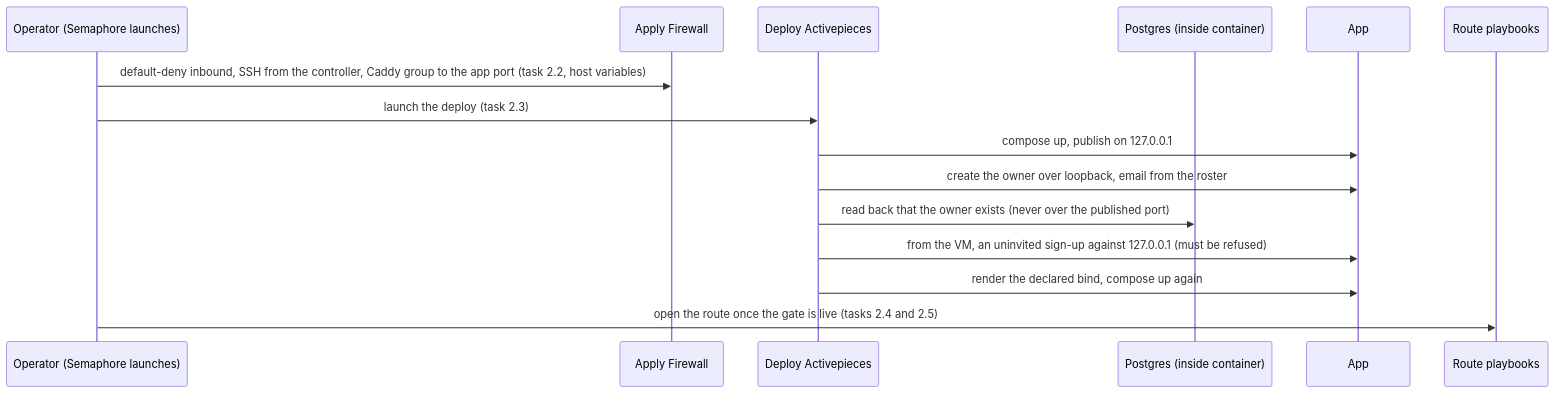
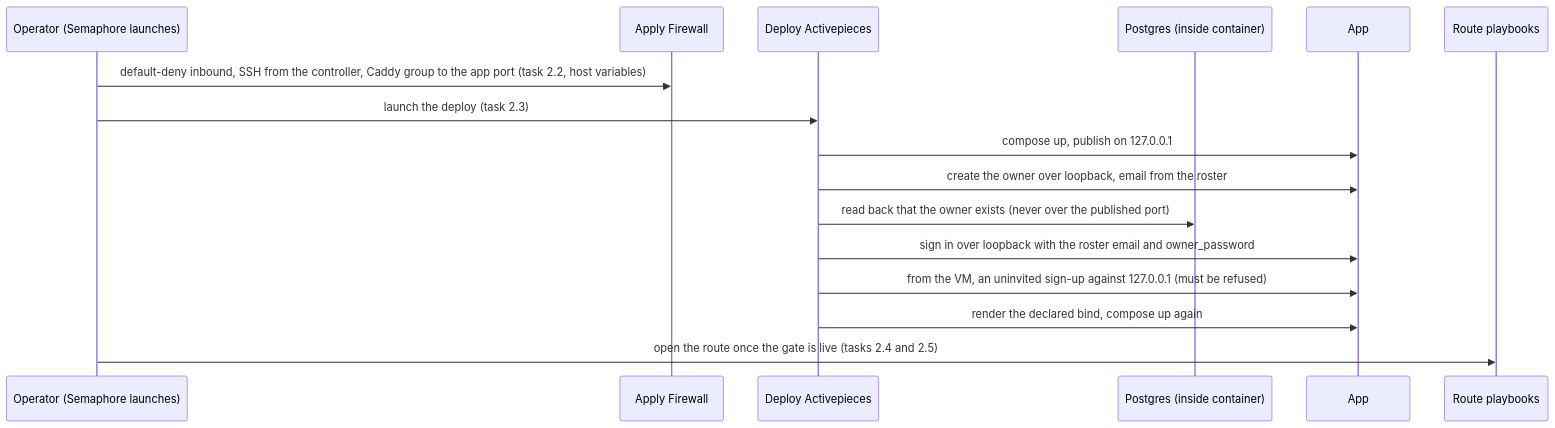
One commit to uhstray-io/agent-cloud changed the second of 2 diagrams in plan/development/26-activepieces.md. Above: the diagram before and after it, drawn with Mermaid. The commit also changed other lines of this file and 3 other files, not shown here.

Commit message:
docs(plan): owner sign-in on every run, key guard from the data volume, enforced webhook guard, O13 superuser question [AC-769]

````diff
--- a/plan/development/26-activepieces.md
+++ b/plan/development/26-activepieces.md
@@ -158,17 +158,18 @@
 ```mermaid
 sequenceDiagram
     participant O as Operator (Semaphore launches)
     participant F as Apply Firewall
     participant S as Deploy Activepieces
     participant D as Postgres (inside container)
     participant A as App
     participant C as Route playbooks
     O->>F: default-deny inbound, SSH from the controller, Caddy group to the app port (task 2.2, host variables)
     O->>S: launch the deploy (task 2.3)
     S->>A: compose up, publish on 127.0.0.1
     S->>A: create the owner over loopback, email from the roster
     S->>D: read back that the owner exists (never over the published port)
+    S->>A: sign in over loopback with the roster email and owner_password
     S->>A: from the VM, an uninvited sign-up against 127.0.0.1 (must be refused)
     S->>A: render the declared bind, compose up again
     O->>C: open the route once the gate is live (tasks 2.4 and 2.5)
 ```
````
